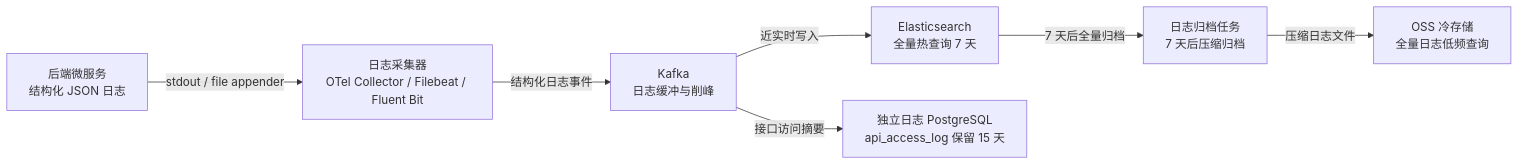
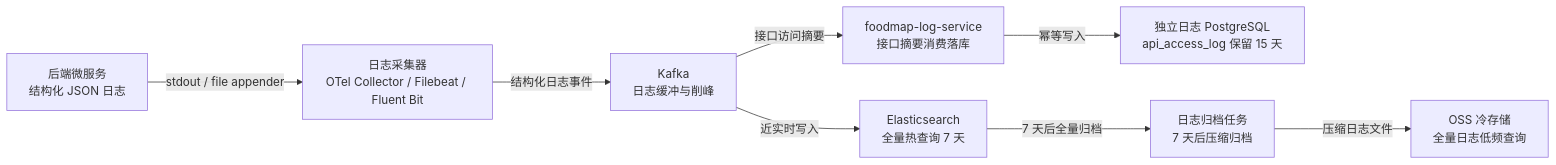
Before and after one commit to xuqian-z97/food-map: the eighth of 26 diagrams in CODEX-after.md, drawn with Mermaid. The commit also changed other lines of this file and 171 other files, not shown here.

````diff
--- a/CODEX-after.md
+++ b/CODEX-after.md
@@ -2492,17 +3063,19 @@
 ```mermaid
 flowchart LR
     app["后端微服务<br/>结构化 JSON 日志"]
     collector["日志采集器<br/>OTel Collector / Filebeat / Fluent Bit"]
     kafka["Kafka<br/>日志缓冲与削峰"]
     es["Elasticsearch<br/>全量热查询 7 天"]
+    log_service["foodmap-log-service<br/>接口摘要消费落库"]
     api_db["独立日志 PostgreSQL<br/>api_access_log 保留 15 天"]
     archive_job["日志归档任务<br/>7 天后压缩归档"]
     oss["OSS 冷存储<br/>全量日志低频查询"]
 
     app -->|"stdout / file appender"| collector
     collector -->|"结构化日志事件"| kafka
     kafka -->|"近实时写入"| es
-    kafka -->|"接口访问摘要"| api_db
+    kafka -->|"接口访问摘要"| log_service
+    log_service -->|"幂等写入"| api_db
     es -->|"7 天后全量归档"| archive_job
     archive_job -->|"压缩日志文件"| oss
 ```
````
